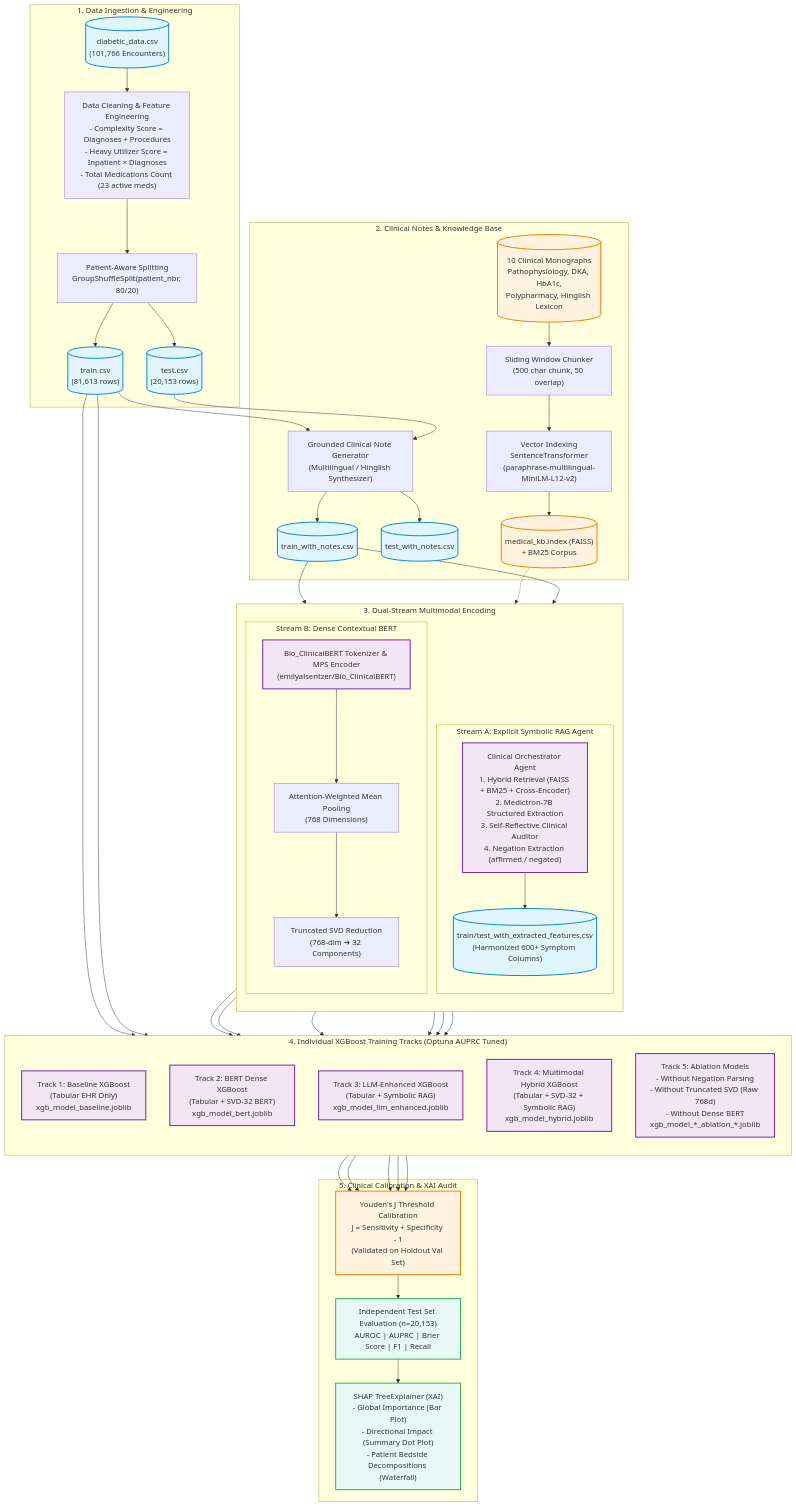
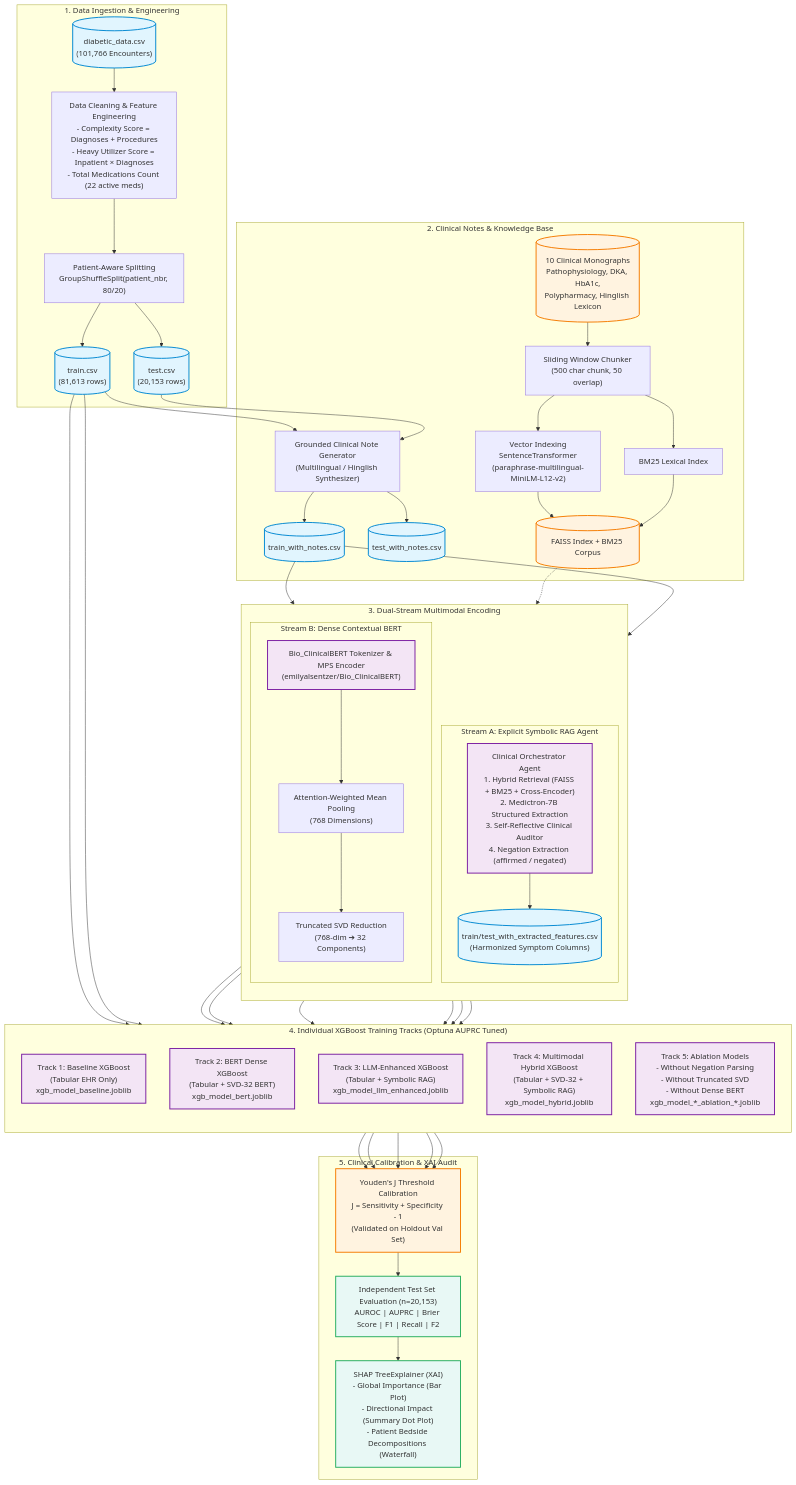
The diagram in README.md (sumankumarpatro/Diabetes), drawn with Mermaid before and after one commit. The commit also changed other lines of this file, not shown here.

````diff
--- a/README.md
+++ b/README.md
@@ -81,59 +101,60 @@
 ```mermaid
 flowchart TD
     subgraph RawData["1. Data Ingestion & Engineering"]
-        RAW[("diabetic_data.csv\n(101,766 Encounters)")] --> PREPROC["Data Cleaning & Feature Engineering\n- Complexity Score = Diagnoses + Procedures\n- Heavy Utilizer Score = Inpatient × Diagnoses\n- Total Medications Count (23 active meds)"]
+        RAW[("diabetic_data.csv\n(101,766 Encounters)")] --> PREPROC["Data Cleaning & Feature Engineering\n- Complexity Score = Diagnoses + Procedures\n- Heavy Utilizer Score = Inpatient × Diagnoses\n- Total Medications Count (22 active meds)"]
         PREPROC --> SPLIT["Patient-Aware Splitting\nGroupShuffleSplit(patient_nbr, 80/20)"]
         SPLIT --> TRAIN_RAW[("train.csv\n(81,613 rows)")]
         SPLIT --> TEST_RAW[("test.csv\n(20,153 rows)")]
     end
 
     subgraph NotesAndKB["2. Clinical Notes & Knowledge Base"]
         TRAIN_RAW & TEST_RAW --> NOTE_GEN["Grounded Clinical Note Generator\n(Multilingual / Hinglish Synthesizer)"]
         NOTE_GEN --> TRAIN_NOTES[("train_with_notes.csv")]
         NOTE_GEN --> TEST_NOTES[("test_with_notes.csv")]
         
         KB_FILES[("10 Clinical Monographs\nPathophysiology, DKA, HbA1c,\nPolypharmacy, Hinglish Lexicon")] --> CHUNK["Sliding Window Chunker\n(500 char chunk, 50 overlap)"]
         CHUNK --> FAISS_BUILD["Vector Indexing\nSentenceTransformer\n(paraphrase-multilingual-MiniLM-L12-v2)"]
-        FAISS_BUILD --> FAISS_INDEX[("medical_kb.index (FAISS)\n+ BM25 Corpus")]
+        CHUNK --> BM25_BUILD["BM25 Lexical Index"]
+        FAISS_BUILD & BM25_BUILD --> RAG_STORE[("FAISS Index + BM25 Corpus")]
     end
 
     subgraph MultimodalStreams["3. Dual-Stream Multimodal Encoding"]
         direction TB
         subgraph StreamA["Stream A: Explicit Symbolic RAG Agent"]
             TRAIN_NOTES --> AGENT["Clinical Orchestrator Agent\n1. Hybrid Retrieval (FAISS + BM25 + Cross-Encoder)\n2. Medictron-7B Structured Extraction\n3. Self-Reflective Clinical Auditor\n4. Negation Extraction (affirmed / negated)"]
-            FAISS_INDEX -.-> AGENT
-            AGENT --> EXTRACTED[("train/test_with_extracted_features.csv\n(Harmonized 600+ Symptom Columns)")]
+            RAG_STORE -.-> AGENT
+            AGENT --> EXTRACTED[("train/test_with_extracted_features.csv\n(Harmonized Symptom Columns)")]
         end
         
         subgraph StreamB["Stream B: Dense Contextual BERT"]
             TRAIN_NOTES --> BERT["Bio_ClinicalBERT Tokenizer & MPS Encoder\n(emilyalsentzer/Bio_ClinicalBERT)"]
             BERT --> POOL["Attention-Weighted Mean Pooling\n(768 Dimensions)"]
             POOL --> SVD["Truncated SVD Reduction\n(768-dim ➔ 32 Components)"]
         end
     end
 
     subgraph PredictiveModeling["4. Individual XGBoost Training Tracks (Optuna AUPRC Tuned)"]
         direction TB
         TRAIN_RAW --> M_BASE["Track 1: Baseline XGBoost\n(Tabular EHR Only)\nxgb_model_baseline.joblib"]
         TRAIN_RAW & SVD --> M_BERT["Track 2: BERT Dense XGBoost\n(Tabular + SVD-32 BERT)\nxgb_model_bert.joblib"]
         EXTRACTED --> M_LLM["Track 3: LLM-Enhanced XGBoost\n(Tabular + Symbolic RAG)\nxgb_model_llm_enhanced.joblib"]
         EXTRACTED & SVD --> M_HYBRID["Track 4: Multimodal Hybrid XGBoost\n(Tabular + SVD-32 + Symbolic RAG)\nxgb_model_hybrid.joblib"]
-        EXTRACTED & SVD --> M_ABLATION["Track 5: Ablation Models\n- Without Negation Parsing\n- Without Truncated SVD (Raw 768d)\n- Without Dense BERT\nxgb_model_*_ablation_*.joblib"]
+        EXTRACTED & SVD --> M_ABLATION["Track 5: Ablation Models\n- Without Negation Parsing\n- Without Truncated SVD\n- Without Dense BERT\nxgb_model_*_ablation_*.joblib"]
     end
 
     subgraph EvaluationXAI["5. Clinical Calibration & XAI Audit"]
         M_BASE & M_BERT & M_LLM & M_HYBRID & M_ABLATION --> YOUDEN["Youden's J Threshold Calibration\nJ = Sensitivity + Specificity - 1\n(Validated on Holdout Val Set)"]
-        YOUDEN --> TEST_EVAL["Independent Test Set Evaluation (n=20,153)\nAUROC | AUPRC | Brier Score | F1 | Recall"]
+        YOUDEN --> TEST_EVAL["Independent Test Set Evaluation (n=20,153)\nAUROC | AUPRC | Brier Score | F1 | Recall | F2"]
         TEST_EVAL --> SHAP_ENGINE["SHAP TreeExplainer (XAI)\n- Global Importance (Bar Plot)\n- Directional Impact (Summary Dot Plot)\n- Patient Bedside Decompositions (Waterfall)"]
     end
 
     classDef primary fill:#e1f5fe,stroke:#0288d1,stroke-width:2px;
     classDef secondary fill:#f3e5f5,stroke:#7b1fa2,stroke-width:2px;
     classDef highlight fill:#fff3e0,stroke:#f57c00,stroke-width:2px;
     classDef success fill:#e8f8f5,stroke:#27ae60,stroke-width:2px;
     
     class RAW,TRAIN_RAW,TEST_RAW,TRAIN_NOTES,TEST_NOTES,EXTRACTED primary;
     class AGENT,BERT,M_BASE,M_BERT,M_LLM,M_HYBRID,M_ABLATION secondary;
-    class FAISS_INDEX,KB_FILES,YOUDEN highlight;
+    class RAG_STORE,KB_FILES,YOUDEN highlight;
     class TEST_EVAL,SHAP_ENGINE success;
 ```
````
